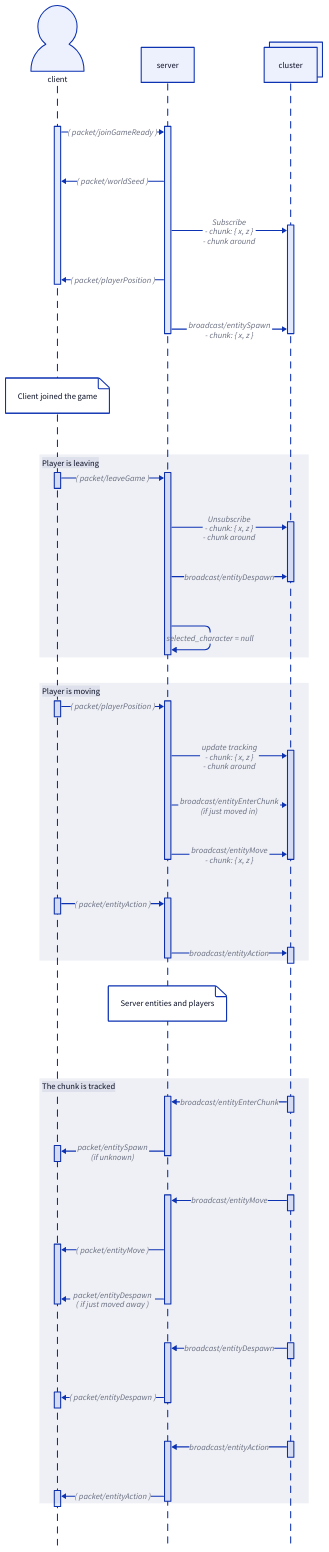
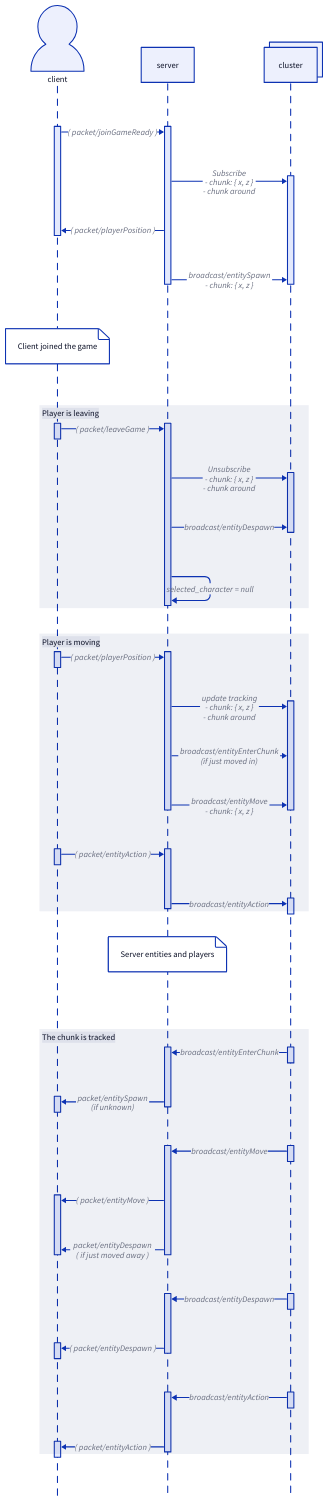
One commit to aresrpg/aresrpg-protocol changed the diagram in game_protocol.d2. Above: the diagram before and after it, drawn with D2. The commit also changed 5 other files, not shown here.

Commit message:
refactor: get rid of seed packet

```diff
--- a/game_protocol.d2
+++ b/game_protocol.d2
@@ -1,63 +1,62 @@
 shape: sequence_diagram
 client; server; cluster
 
 client.shape: person
 cluster.style.multiple: true
 
 client.t -> server.t: ( packet/joinGameReady )
-server.t -> client.t: ( packet/worldSeed )
 server.t -> cluster.t: |md Subscribe
 - chunk: { x, z }
 - chunk around
 |
 server.t -> client.t: ( packet/playerPosition )
 server.t -> cluster.t: |md broadcast/entitySpawn
 - chunk: { x, z }
 |
 
 client."Client joined the game"
 
 Player is leaving: {
   client.t0 -> server.t0: ( packet/leaveGame )
   server.t0 -> cluster.t0: |md Unsubscribe
   - chunk: { x, z }
   - chunk around
   |
   server.t0 -> cluster.t0: |md broadcast/entityDespawn |
   server.t0 -> server.t0: selected_character = null
 }
 
 Player is moving: {
   client.t2 -> server.t2: ( packet/playerPosition )
   server.t2 -> cluster.t2: |md update tracking
   - chunk: { x, z }
   - chunk around
   |
   server.t2 -> cluster.t2: |md broadcast/entityEnterChunk
   (if just moved in)
   |
   server.t2 -> cluster.t2: |md broadcast/entityMove
   - chunk: { x, z }
   |
 
   client.t3 -> server.t3: ( packet/entityAction )
   server.t3 -> cluster.t3: |md broadcast/entityAction |
 }
 
 server."Server entities and players"
 
 The chunk is tracked: {
   cluster.t4 -> server.t4: |md broadcast/entityEnterChunk |
   server.t4 -> client.t4: |md packet/entitySpawn
   (if unknown) |
   cluster.t5 -> server.t5: |md broadcast/entityMove |
   server.t5 -> client.t5: ( packet/entityMove )
   server.t5 -> client.t5: |md packet/entityDespawn
 ( if just moved away )
   |
   cluster.t6 -> server.t6: |md broadcast/entityDespawn |
   server.t6 -> client.t6: ( packet/entityDespawn )
 
   cluster.t7 -> server.t7: |md broadcast/entityAction |
   server.t7 -> client.t7: ( packet/entityAction )
 }
```
